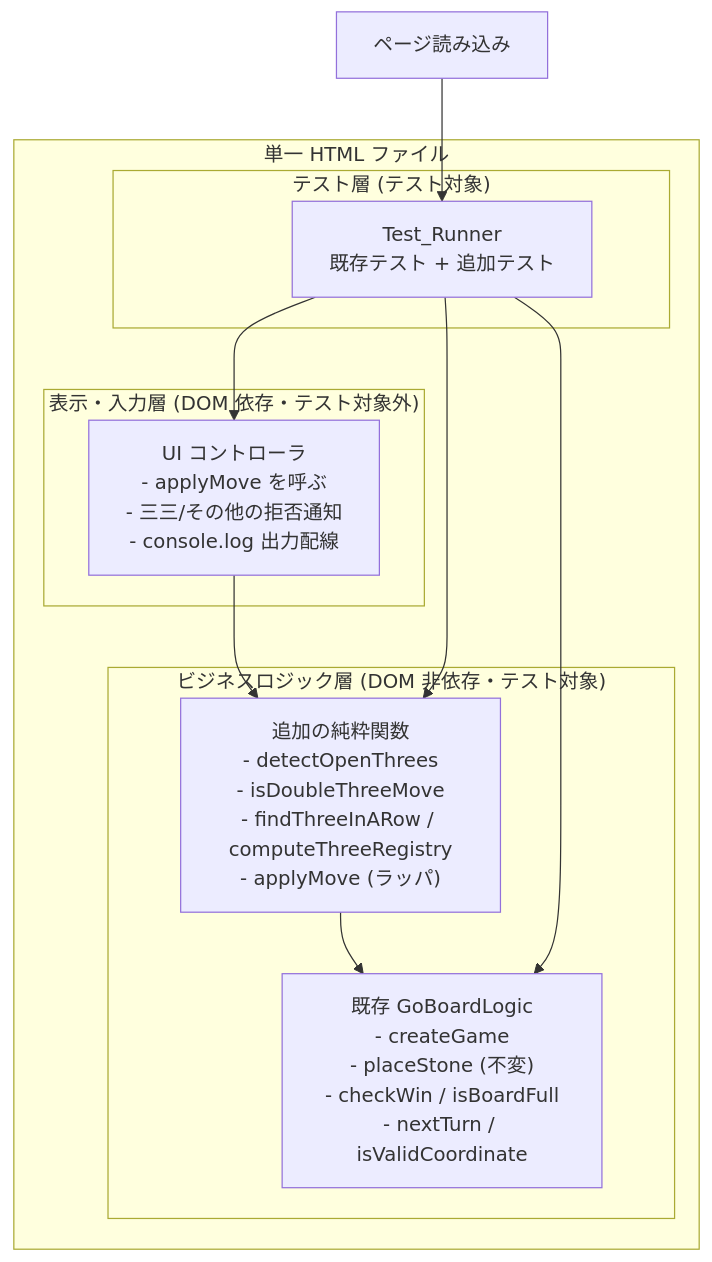
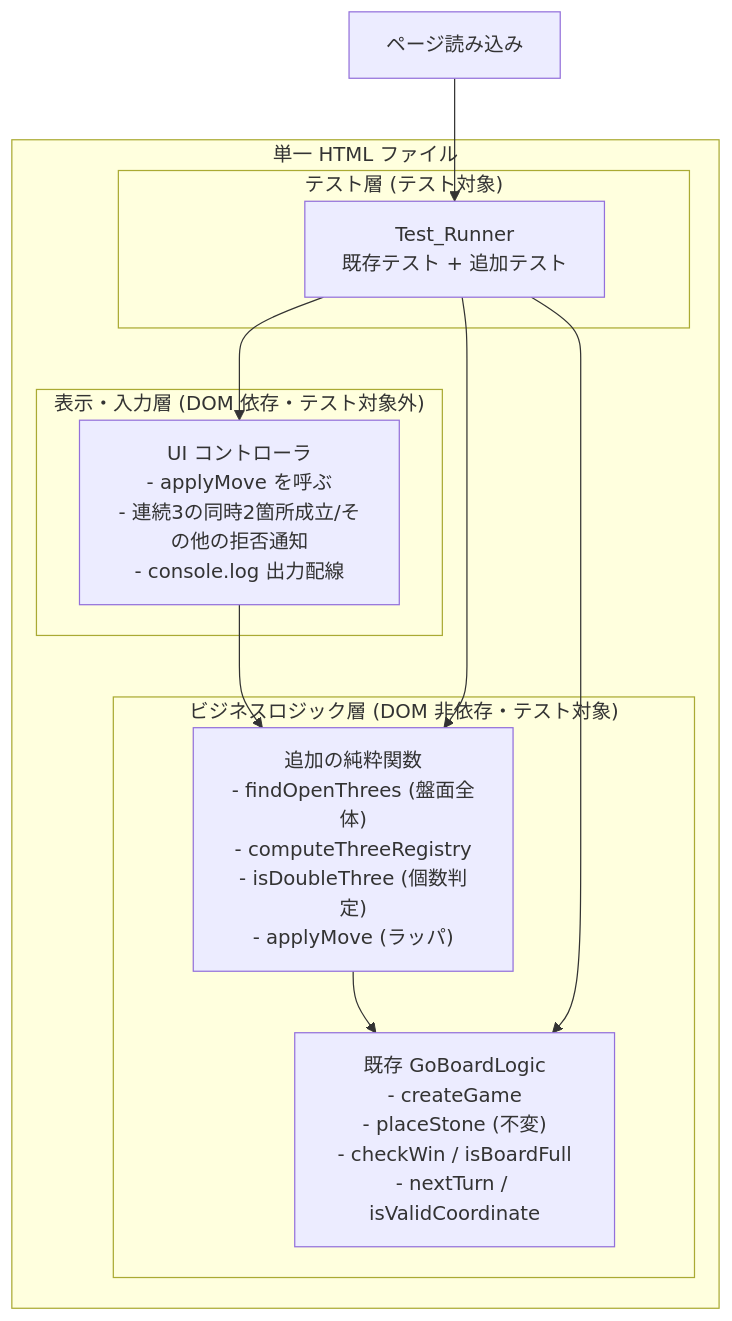
One commit to satoshi256kbyte/sdd-handson-go-board changed the diagram in .kiro/specs/local-rules/design.md. Above: the diagram before and after it, drawn with Mermaid. The commit also changed other lines of this file and 5 other files, not shown here.

First line of the commit message:
docs(local-rules): Refine Double_Three semantics and update design document

````diff
--- a/.kiro/specs/local-rules/design.md
+++ b/.kiro/specs/local-rules/design.md
@@ -39,22 +53,22 @@
 ```mermaid
 flowchart TD
     subgraph Browser["単一 HTML ファイル"]
         subgraph Logic["ビジネスロジック層 (DOM 非依存・テスト対象)"]
             Existing["既存 GoBoardLogic\n- createGame\n- placeStone (不変)\n- checkWin / isBoardFull\n- nextTurn / isValidCoordinate"]
-            Added["追加の純粋関数\n- detectOpenThrees\n- isDoubleThreeMove\n- findThreeInARow / computeThreeRegistry\n- applyMove (ラッパ)"]
+            Added["追加の純粋関数\n- findOpenThrees (盤面全体)\n- computeThreeRegistry\n- isDoubleThree (個数判定)\n- applyMove (ラッパ)"]
         end
         subgraph Test["テスト層 (テスト対象)"]
             TR["Test_Runner\n既存テスト + 追加テスト"]
         end
         subgraph View["表示・入力層 (DOM 依存・テスト対象外)"]
-            UI["UI コントローラ\n- applyMove を呼ぶ\n- 三三/その他の拒否通知\n- console.log 出力配線"]
+            UI["UI コントローラ\n- applyMove を呼ぶ\n- 連続3の同時2箇所成立/その他の拒否通知\n- console.log 出力配線"]
         end
     end
 
     UI --> Added
     Added --> Existing
     TR --> Added
     TR --> Existing
     Load["ページ読み込み"] --> TR
     TR --> UI
 ```
````
